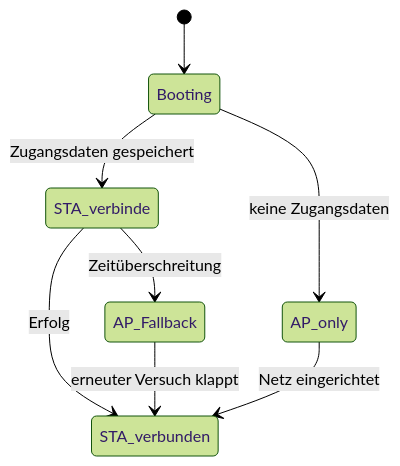
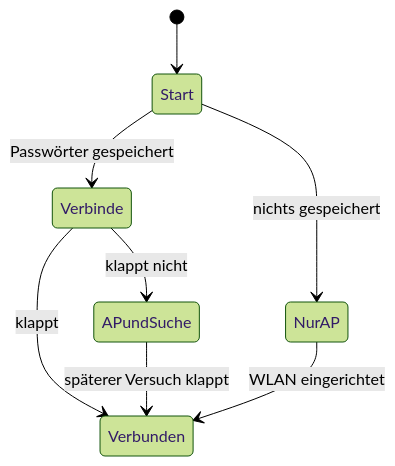
Before and after one commit to FMDHET/deye-inverter-display-esp32-p4: the diagram in wiki/WLAN-und-Captive-Portal.md, drawn with Mermaid (forest theme). The commit also changed other lines of this file and 16 other files, not shown here.

````diff
--- a/wiki/WLAN-und-Captive-Portal.md
+++ b/wiki/WLAN-und-Captive-Portal.md
@@ -7,10 +16,10 @@
 ```mermaid
 stateDiagram-v2
-    [*] --> Booting
-    Booting --> STA_verbinde: Zugangsdaten gespeichert
-    Booting --> AP_only: keine Zugangsdaten
-    STA_verbinde --> STA_verbunden: Erfolg
-    STA_verbinde --> AP_Fallback: Zeitüberschreitung
-    AP_Fallback --> STA_verbunden: erneuter Versuch klappt
-    AP_only --> STA_verbunden: Netz eingerichtet
+    [*] --> Start
+    Start --> Verbinde: Passwörter gespeichert
+    Start --> NurAP: nichts gespeichert
+    Verbinde --> Verbunden: klappt
+    Verbinde --> APundSuche: klappt nicht
+    APundSuche --> Verbunden: späterer Versuch klappt
+    NurAP --> Verbunden: WLAN eingerichtet
 ```
````
